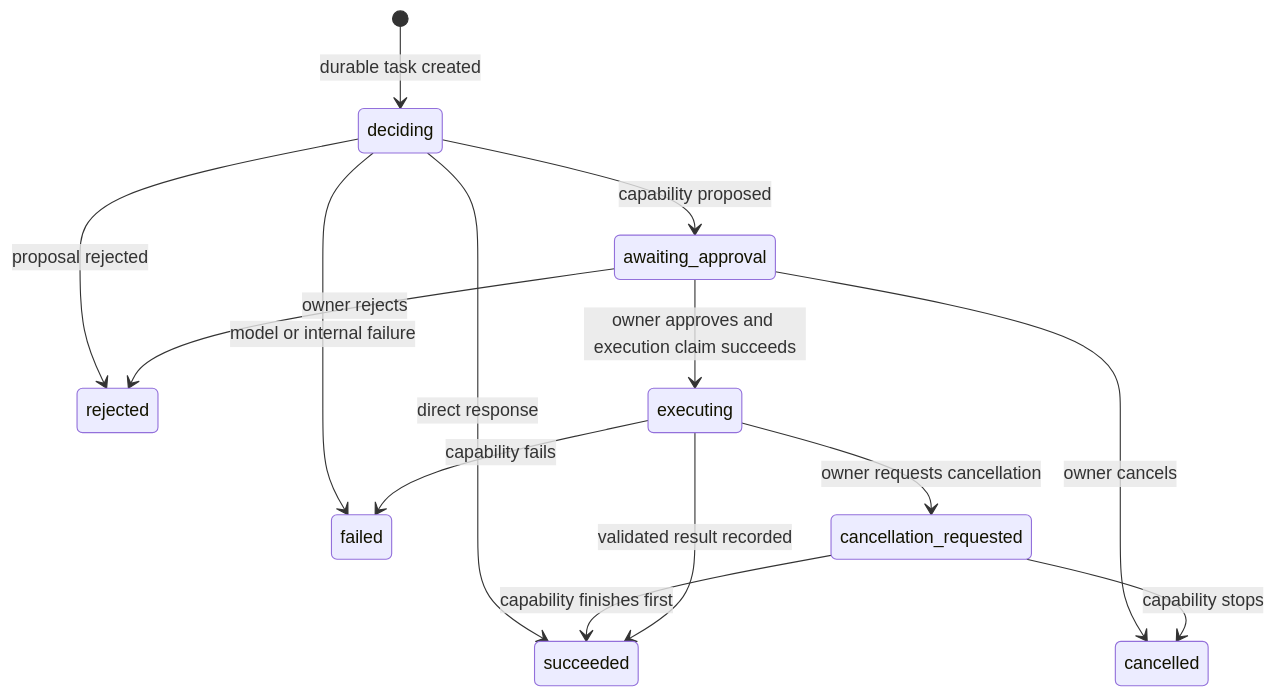
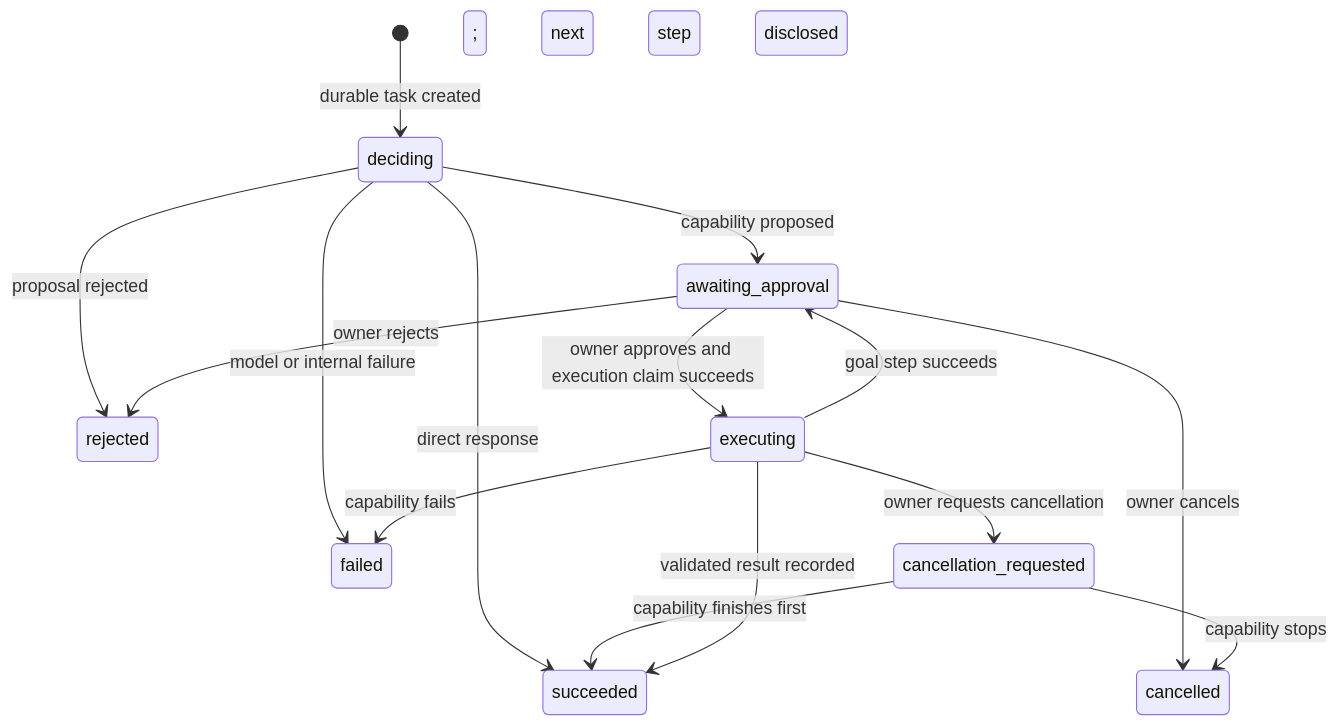
One commit to 4romgod/vera changed the first of 2 diagrams in docs/api.md. Above: the diagram before and after it, drawn with Mermaid. The commit also changed other lines of this file and 58 other files, not shown here.

````diff
--- a/docs/api.md
+++ b/docs/api.md
@@ -54,16 +56,17 @@
 ```mermaid
 stateDiagram-v2
     [*] --> deciding: durable task created
     deciding --> succeeded: direct response
     deciding --> rejected: proposal rejected
     deciding --> failed: model or internal failure
     deciding --> awaiting_approval: capability proposed
     awaiting_approval --> rejected: owner rejects
     awaiting_approval --> cancelled: owner cancels
     awaiting_approval --> executing: owner approves and execution claim succeeds
     executing --> cancellation_requested: owner requests cancellation
     cancellation_requested --> cancelled: capability stops
     cancellation_requested --> succeeded: capability finishes first
     executing --> succeeded: validated result recorded
+    executing --> awaiting_approval: goal step succeeds; next step disclosed
     executing --> failed: capability fails
 ```
````
